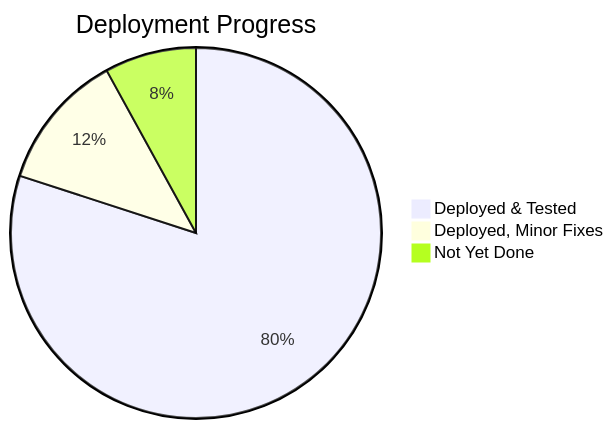
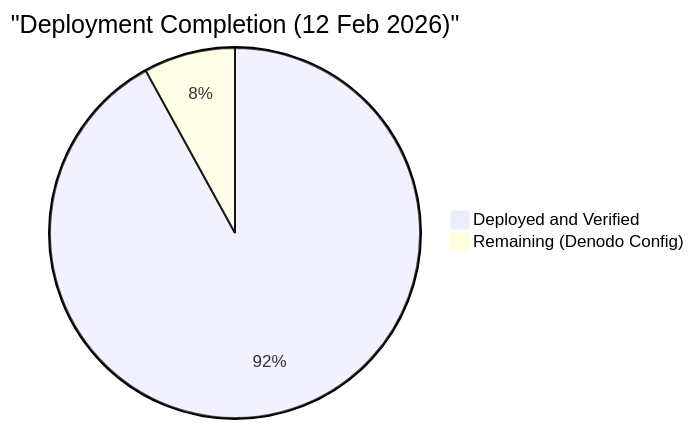
One commit to jaafar-benabderrazak/denodo_poc changed the first of 12 diagrams in docs/DEPLOYMENT_STATUS.md. Above: the diagram before and after it, drawn with Mermaid. The commit also changed other lines of this file and 2 other files, not shown here.

Commit message:
Add verify-all.sh test suite and update deployment documentation with Mermaid diagrams

````diff
--- a/docs/DEPLOYMENT_STATUS.md
+++ b/docs/DEPLOYMENT_STATUS.md
@@ -12,6 +12,5 @@
 ```mermaid
-pie title Deployment Progress
-    "Deployed & Tested" : 80
-    "Deployed, Minor Fixes" : 12
-    "Not Yet Done" : 8
+pie title "Deployment Completion (12 Feb 2026)"
+    "Deployed and Verified" : 92
+    "Remaining (Denodo Config)" : 8
 ```
````
